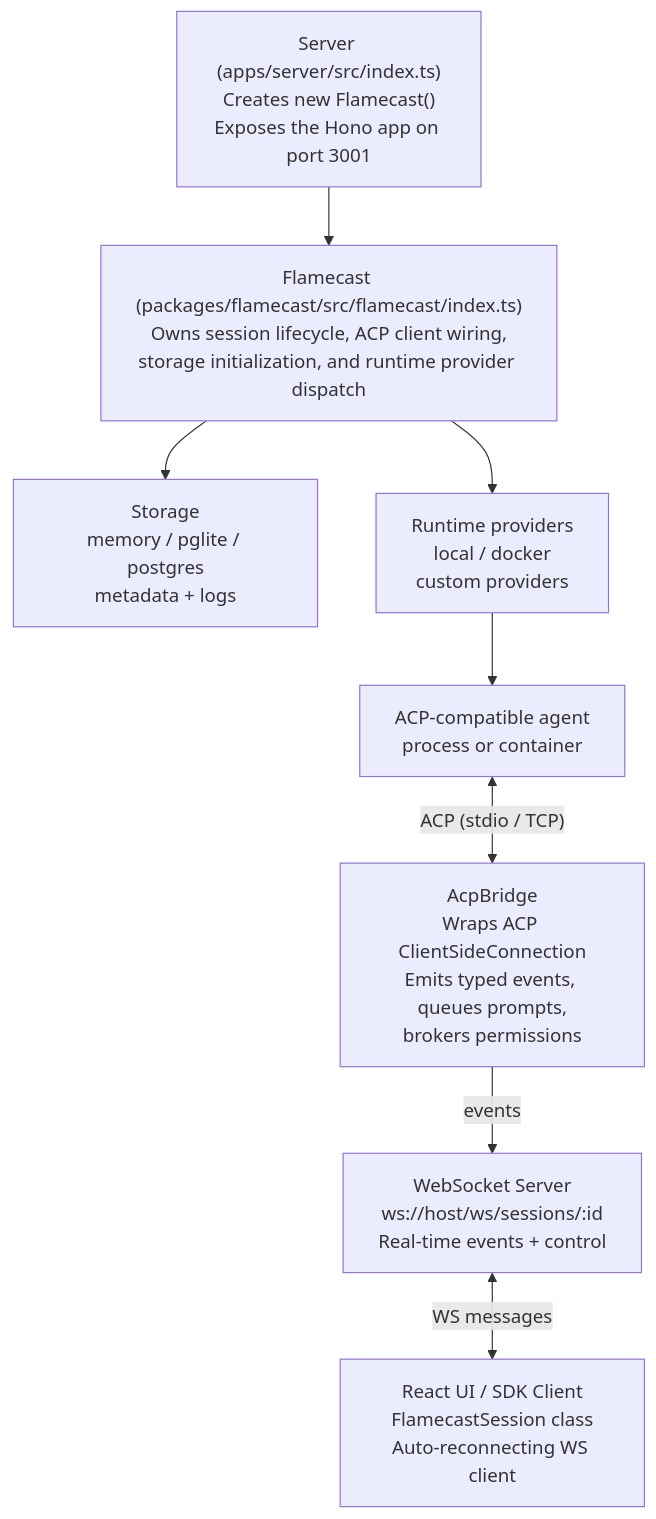
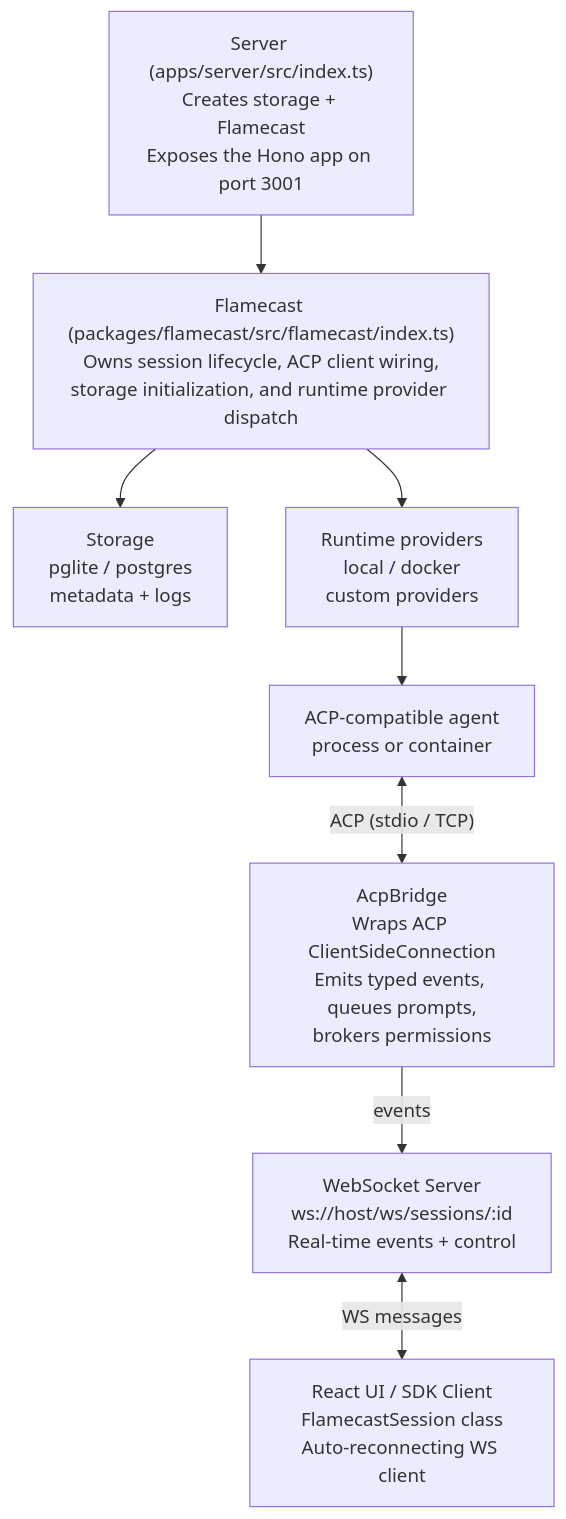
Before and after one commit to smithery-ai/flamecast: the first of 2 diagrams in README.md, drawn with Mermaid. The commit also changed other lines of this file and 41 other files, not shown here.

````diff
--- a/README.md
+++ b/README.md
@@ -37,19 +37,19 @@
 ```mermaid
 graph TD
-    A["Server (apps/server/src/index.ts)<br/>Creates new Flamecast()<br/>Exposes the Hono app on port 3001"]
+    A["Server (apps/server/src/index.ts)<br/>Creates storage + Flamecast<br/>Exposes the Hono app on port 3001"]
     B["Flamecast (packages/flamecast/src/flamecast/index.ts)<br/>Owns session lifecycle, ACP client wiring,<br/>storage initialization, and runtime provider dispatch"]
-    C["Storage<br/>memory / pglite / postgres<br/>metadata + logs"]
+    C["Storage<br/>pglite / postgres<br/>metadata + logs"]
     D["Runtime providers<br/>local / docker<br/>custom providers"]
     E["ACP-compatible agent<br/>process or container"]
     F["AcpBridge<br/>Wraps ACP ClientSideConnection<br/>Emits typed events, queues prompts,<br/>brokers permissions"]
     G["WebSocket Server<br/>ws://host/ws/sessions/:id<br/>Real-time events + control"]
     H["React UI / SDK Client<br/>FlamecastSession class<br/>Auto-reconnecting WS client"]
 
     A --> B
     B --> C
     B --> D
     D --> E
     E <-->|"ACP (stdio / TCP)"| F
     F -->|"events"| G
     G <-->|"WS messages"| H
 ```
````
